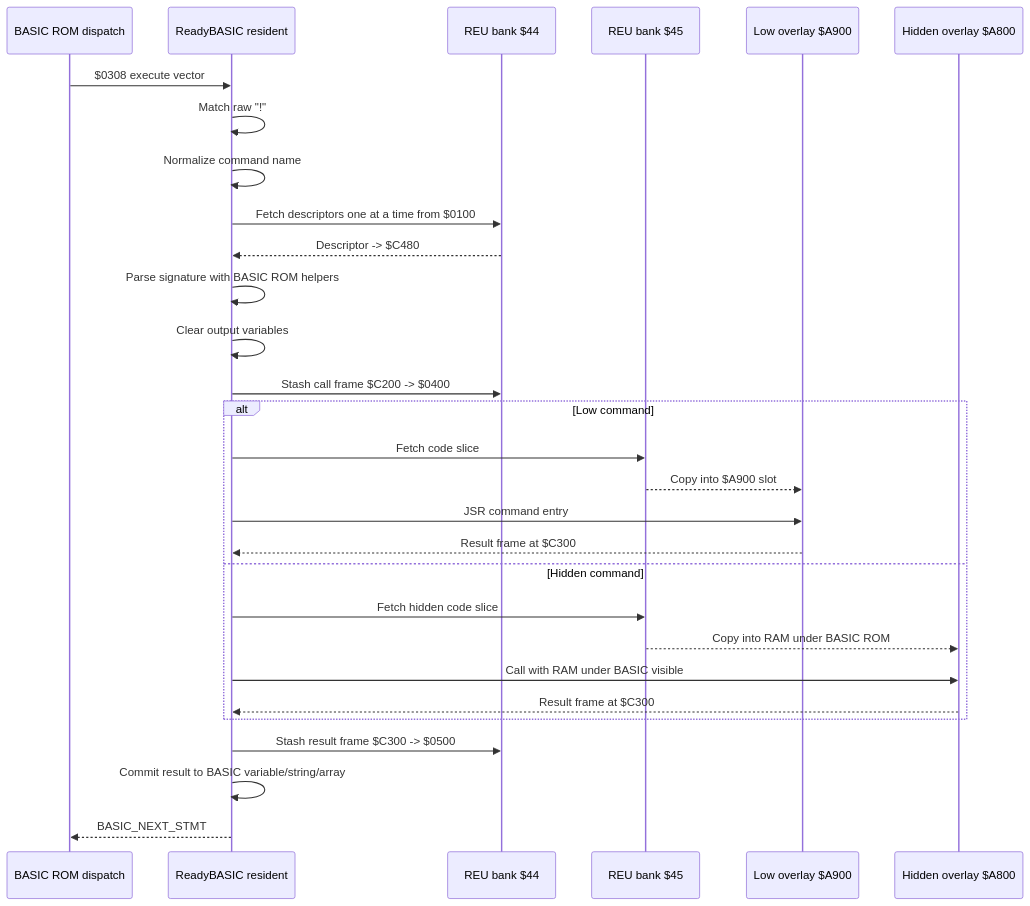
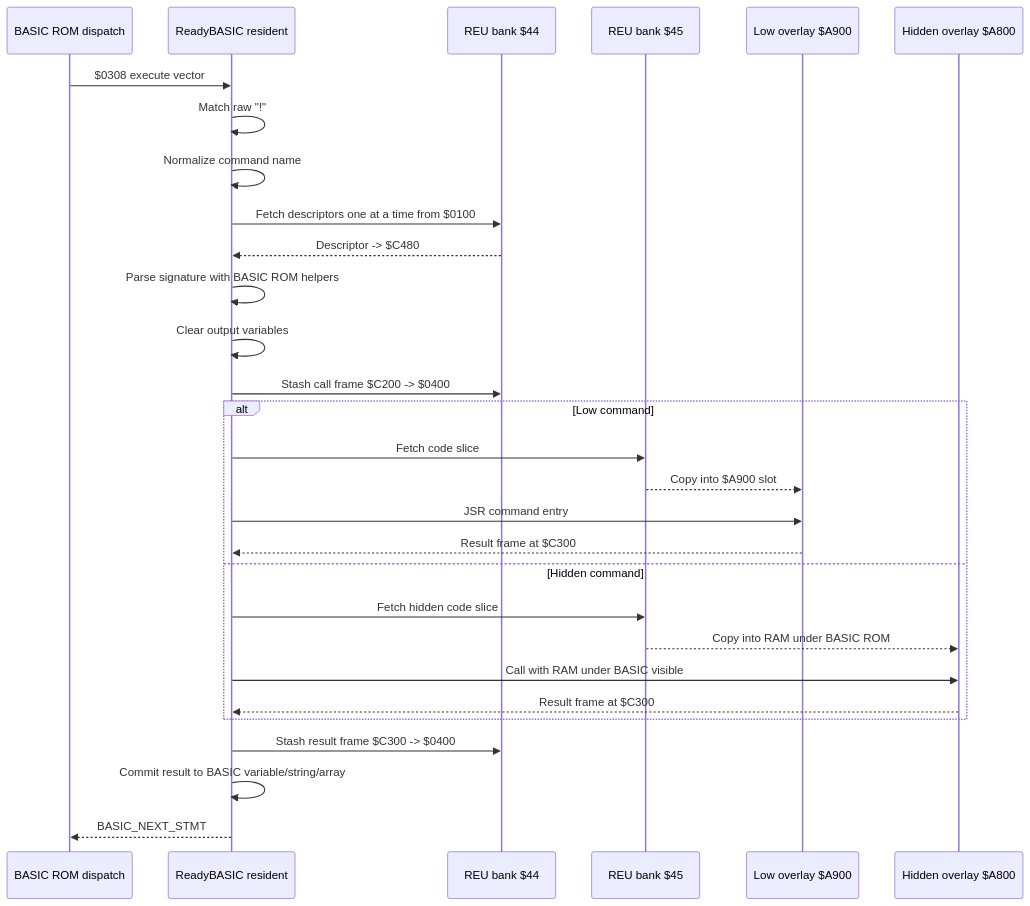
Before and after one commit to 123Onetwothree123/6502: the seventh of 8 diagrams in src/apps/readybasic/READYBASIC_LIFECYCLE_AND_REU_ARCHITECTURE.md, drawn with Mermaid. The commit also changed other lines of this file and 18 other files, not shown here.

````diff
--- a/src/apps/readybasic/READYBASIC_LIFECYCLE_AND_REU_ARCHITECTURE.md
+++ b/src/apps/readybasic/READYBASIC_LIFECYCLE_AND_REU_ARCHITECTURE.md
@@ -446,32 +446,32 @@
 ```mermaid
 sequenceDiagram
   participant BASIC as BASIC ROM dispatch
   participant RES as ReadyBASIC resident
   participant R44 as REU bank $44
   participant R45 as REU bank $45
   participant LOW as Low overlay $A900
   participant HID as Hidden overlay $A800
 
   BASIC->>RES: $0308 execute vector
   RES->>RES: Match raw "!"
   RES->>RES: Normalize command name
   RES->>R44: Fetch descriptors one at a time from $0100
   R44-->>RES: Descriptor -> $C480
   RES->>RES: Parse signature with BASIC ROM helpers
   RES->>RES: Clear output variables
   RES->>R44: Stash call frame $C200 -> $0400
   alt Low command
     RES->>R45: Fetch code slice
     R45-->>LOW: Copy into $A900 slot
     RES->>LOW: JSR command entry
     LOW-->>RES: Result frame at $C300
   else Hidden command
     RES->>R45: Fetch hidden code slice
     R45-->>HID: Copy into RAM under BASIC ROM
     RES->>HID: Call with RAM under BASIC visible
     HID-->>RES: Result frame at $C300
   end
-  RES->>R44: Stash result frame $C300 -> $0500
+  RES->>R44: Stash result frame $C300 -> $0400
   RES->>RES: Commit result to BASIC variable/string/array
   RES-->>BASIC: BASIC_NEXT_STMT
 ```
````
